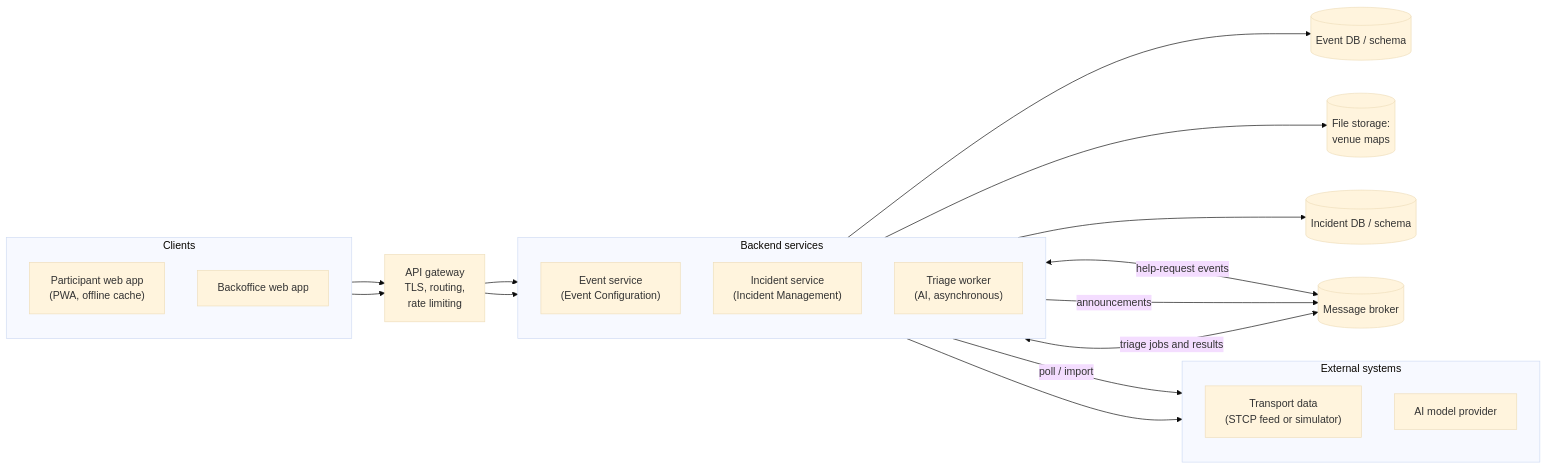
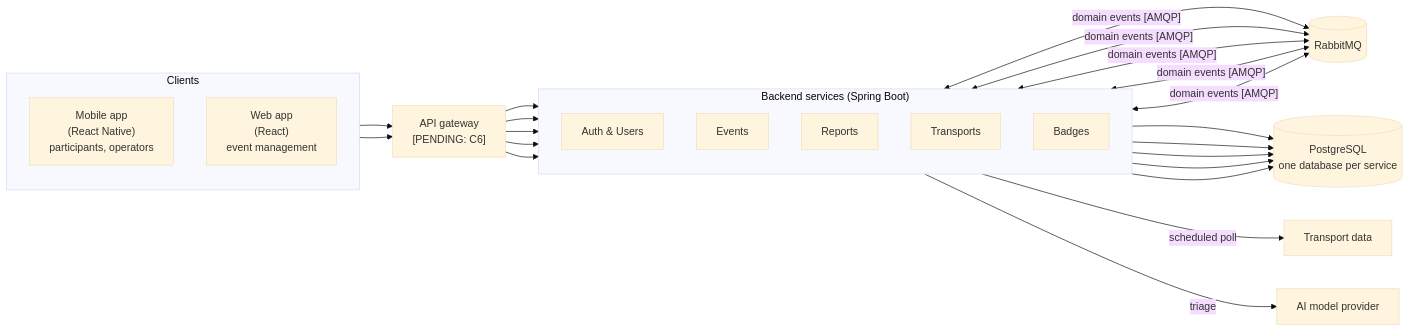
Before and after one commit to tomasoliveira21/LABDSOF: the second of 2 diagrams in Docs/Technical/architecture.md, drawn with Mermaid (base theme). The commit also changed other lines of this file and 5 other files, not shown here.

Commit message:
docs (#35): Record team architecture decisions

````diff
--- a/Docs/Technical/architecture.md
+++ b/Docs/Technical/architecture.md
@@ -49,42 +51,32 @@
 ```mermaid
 flowchart LR
     subgraph Clients
         direction TB
-        PWA["Participant web app<br/>(PWA, offline cache)"]
-        BO["Backoffice web app"]
+        MOB["Mobile app<br/>(React Native)<br/>participants, operators"]
+        WEB["Web app<br/>(React)<br/>event management"]
     end
 
-    GW["API gateway<br/>TLS, routing,<br/>rate limiting"]
+    GW["API gateway<br/>[PENDING: C6]"]
 
-    subgraph Backend["Backend services"]
+    subgraph Backend["Backend services (Spring Boot)"]
         direction TB
-        EVS["Event service<br/>(Event Configuration)"]
-        INC["Incident service<br/>(Incident Management)"]
-        TRI["Triage worker<br/>(AI, asynchronous)"]
+        AU["Auth & Users"]
+        EV["Events"]
+        RE["Reports"]
+        TS["Transports"]
+        BA["Badges"]
     end
 
-    MQ[("Message broker")]
+    MQ[("RabbitMQ")]
+    DBS[("PostgreSQL<br/>one database per service")]
+    TR["Transport data"]
+    LLM["AI model provider"]
 
-    DB1[("Event DB / schema")]
-    FS[("File storage:<br/>venue maps")]
-    DB2[("Incident DB / schema")]
-
-    subgraph External["External systems"]
-        direction TB
-        TR["Transport data<br/>(STCP feed or simulator)"]
-        LLM["AI model provider"]
-    end
-
-    PWA --> GW
-    BO --> GW
-    GW --> EVS
-    GW --> INC
-    EVS --> DB1
-    EVS --> FS
-    INC --> DB2
-    EVS -- "poll / import" --> TR
-    INC <-- "help-request events" --> MQ
-    MQ <-- "triage jobs and results" --> TRI
-    EVS -- "announcements" --> MQ
-    TRI --> LLM
+    MOB --> GW
+    WEB --> GW
+    GW --> AU & EV & RE & TS & BA
+    AU & EV & RE & TS & BA <-- "domain events [AMQP]" --> MQ
+    AU & EV & RE & TS & BA --> DBS
+    TS -- "scheduled poll" --> TR
+    RE -- "triage" --> LLM
 ```
````
